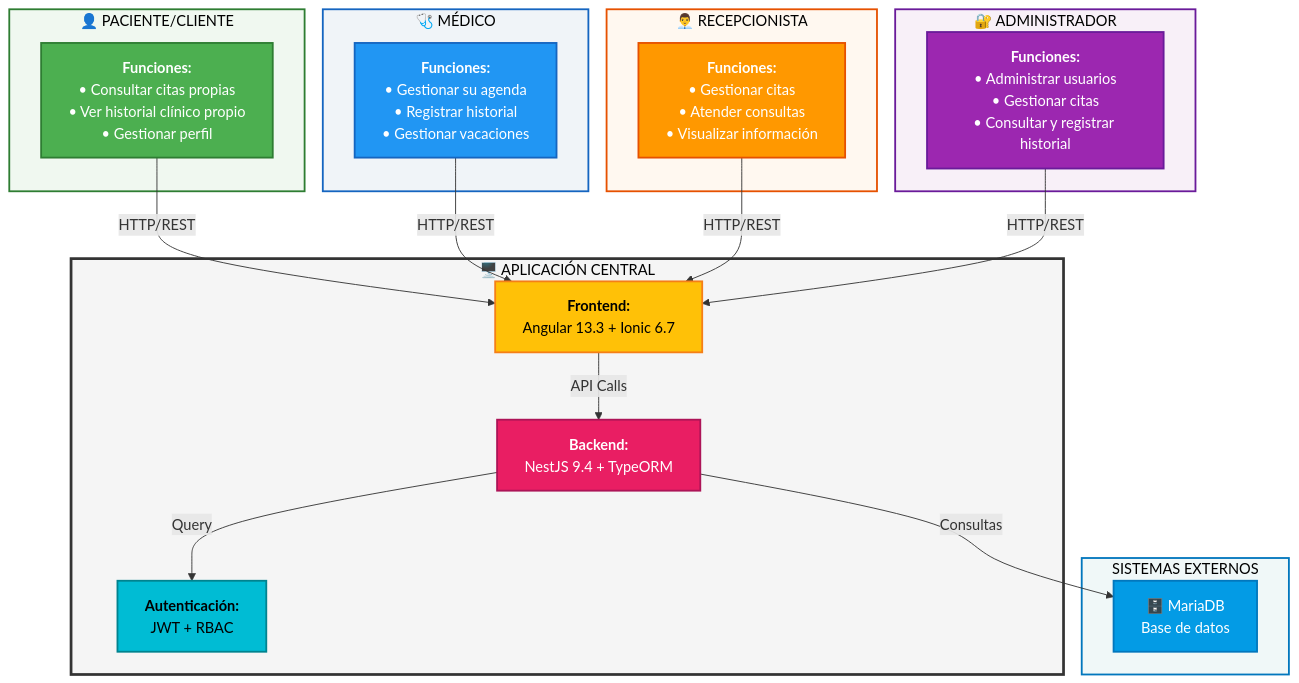
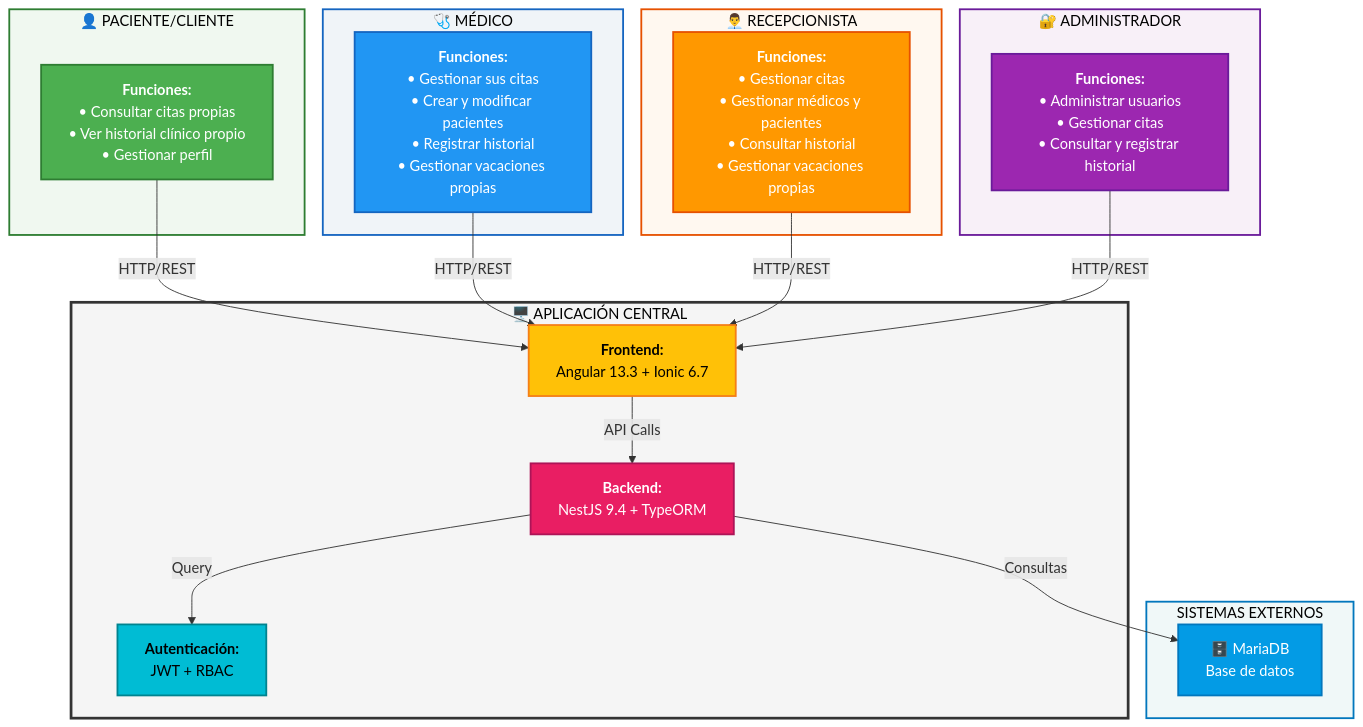
Before and after one commit to AlbertoHernandez98/clinica-TFG: the first of 4 diagrams in INFORMACION/MEMORIA_TFG_CLINICA_MEJORADA.md, drawn with Mermaid. The commit also changed other lines of this file and 53 other files, not shown here.

````diff
--- a/INFORMACION/MEMORIA_TFG_CLINICA_MEJORADA.md
+++ b/INFORMACION/MEMORIA_TFG_CLINICA_MEJORADA.md
@@ -969,53 +1007,53 @@
 ```mermaid
 graph TB
     subgraph Paciente["👤 PACIENTE/CLIENTE"]
         PC["<b>Funciones:</b><br/>• Consultar citas propias<br/>• Ver historial clínico propio<br/>• Gestionar perfil"]
         style PC fill:#4CAF50,stroke:#2E7D32,stroke-width:2px,color:#fff
     end
     
     subgraph Medico["🩺 MÉDICO"]
-        MD["<b>Funciones:</b><br/>• Gestionar su agenda<br/>• Registrar historial<br/>• Gestionar vacaciones"]
+        MD["<b>Funciones:</b><br/>• Gestionar sus citas<br/>• Crear y modificar pacientes<br/>• Registrar historial<br/>• Gestionar vacaciones propias"]
         style MD fill:#2196F3,stroke:#1565C0,stroke-width:2px,color:#fff
     end
     
     subgraph Recepcionista["👨‍💼 RECEPCIONISTA"]
-        REC["<b>Funciones:</b><br/>• Gestionar citas<br/>• Atender consultas<br/>• Visualizar información"]
+        REC["<b>Funciones:</b><br/>• Gestionar citas<br/>• Gestionar médicos y pacientes<br/>• Consultar historial<br/>• Gestionar vacaciones propias"]
         style REC fill:#FF9800,stroke:#E65100,stroke-width:2px,color:#fff
     end
     
     subgraph Admin["🔐 ADMINISTRADOR"]
         ADM["<b>Funciones:</b><br/>• Administrar usuarios<br/>• Gestionar citas<br/>• Consultar y registrar historial"]
         style ADM fill:#9C27B0,stroke:#6A1B9A,stroke-width:2px,color:#fff
     end
     
     subgraph App["🖥️ APLICACIÓN CENTRAL"]
         FRONTEND["<b>Frontend:</b><br/>Angular 13.3 + Ionic 6.7"]
         BACKEND["<b>Backend:</b><br/>NestJS 9.4 + TypeORM"]
         AUTH["<b>Autenticación:</b><br/>JWT + RBAC"]
         style App fill:#f5f5f5,stroke:#333,stroke-width:3px,color:#000
         style FRONTEND fill:#FFC107,stroke:#F57F17,stroke-width:2px,color:#000
         style BACKEND fill:#E91E63,stroke:#AD1457,stroke-width:2px,color:#fff
         style AUTH fill:#00BCD4,stroke:#00838F,stroke-width:2px,color:#000
     end
     
     subgraph External["SISTEMAS EXTERNOS"]
         DB["🗄️ MariaDB<br/>Base de datos"]
         style DB fill:#039BE5,stroke:#0277BD,stroke-width:2px,color:#fff
     end
     
     PC -->|HTTP/REST| FRONTEND
     MD -->|HTTP/REST| FRONTEND
     REC -->|HTTP/REST| FRONTEND
     ADM -->|HTTP/REST| FRONTEND
     
     FRONTEND -->|API Calls| BACKEND
     BACKEND -->|Query| AUTH
     
     BACKEND -->|Consultas| DB
     
     style Paciente fill:#f0f8f0,color:#000,stroke:#2E7D32,stroke-width:2px
     style Medico fill:#f0f4f8,color:#000,stroke:#1565C0,stroke-width:2px
     style Recepcionista fill:#fff8f0,color:#000,stroke:#E65100,stroke-width:2px
     style Admin fill:#f8f0f8,color:#000,stroke:#6A1B9A,stroke-width:2px
     style External fill:#f0f8f8,color:#000,stroke:#0277BD,stroke-width:2px
 ```
````
